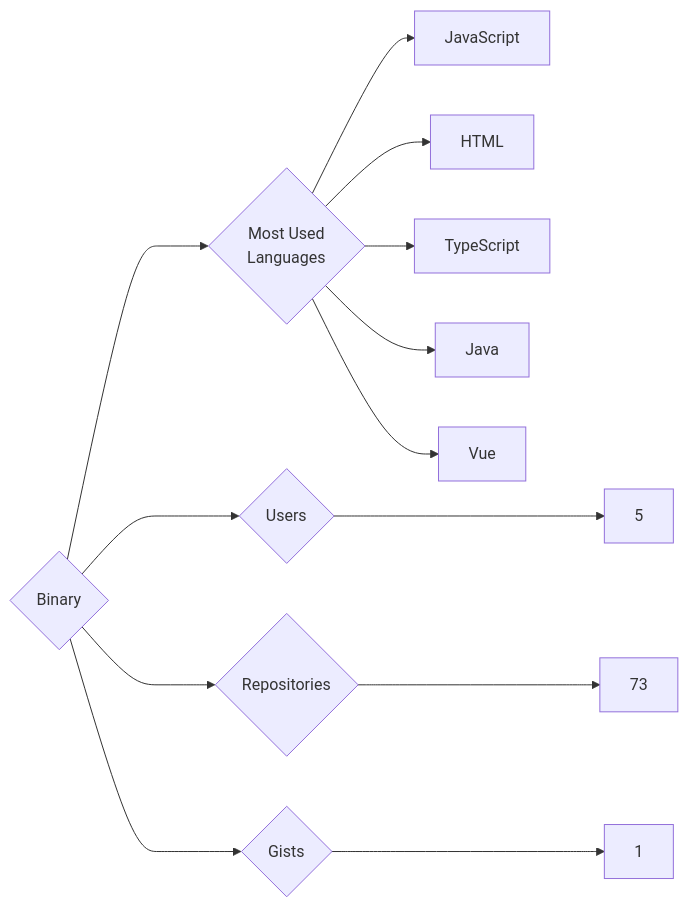
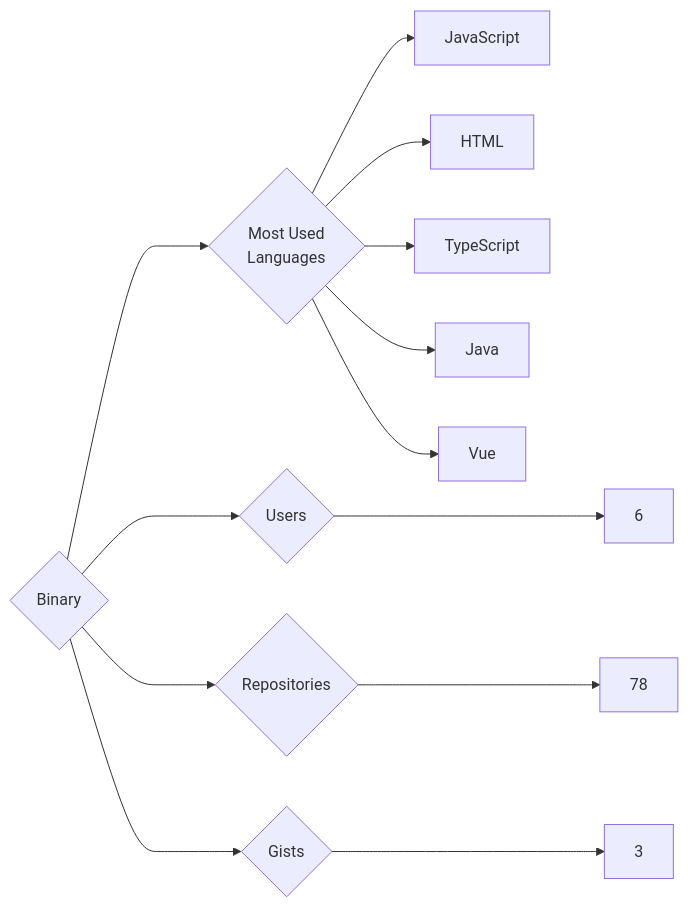
The diagram in targets/Binary/README.md (trickest/insiders), drawn with Mermaid before and after one commit. The commit also changed 912 other files, not shown here.

````diff
--- a/targets/Binary/README.md
+++ b/targets/Binary/README.md
@@ -3,13 +3,13 @@
 ```mermaid
 graph LR
 COMPANY_NAME{Binary}
-COMPANY_NAME ---> U{Users} ---> UN[5]
-COMPANY_NAME ---> R{Repositories} ---> RN[73]
-COMPANY_NAME ---> G{Gists} ---> GN[1]
+COMPANY_NAME ---> U{Users} ---> UN[6]
+COMPANY_NAME ---> R{Repositories} ---> RN[78]
+COMPANY_NAME ---> G{Gists} ---> GN[3]
 COMPANY_NAME ---> ML{Most Used<br>Languages}
 ML --> JavaScript[JavaScript]
 ML --> HTML[HTML]
 ML --> TypeScript[TypeScript]
 ML --> Java[Java]
 ML --> Vue[Vue]
 ```
````
